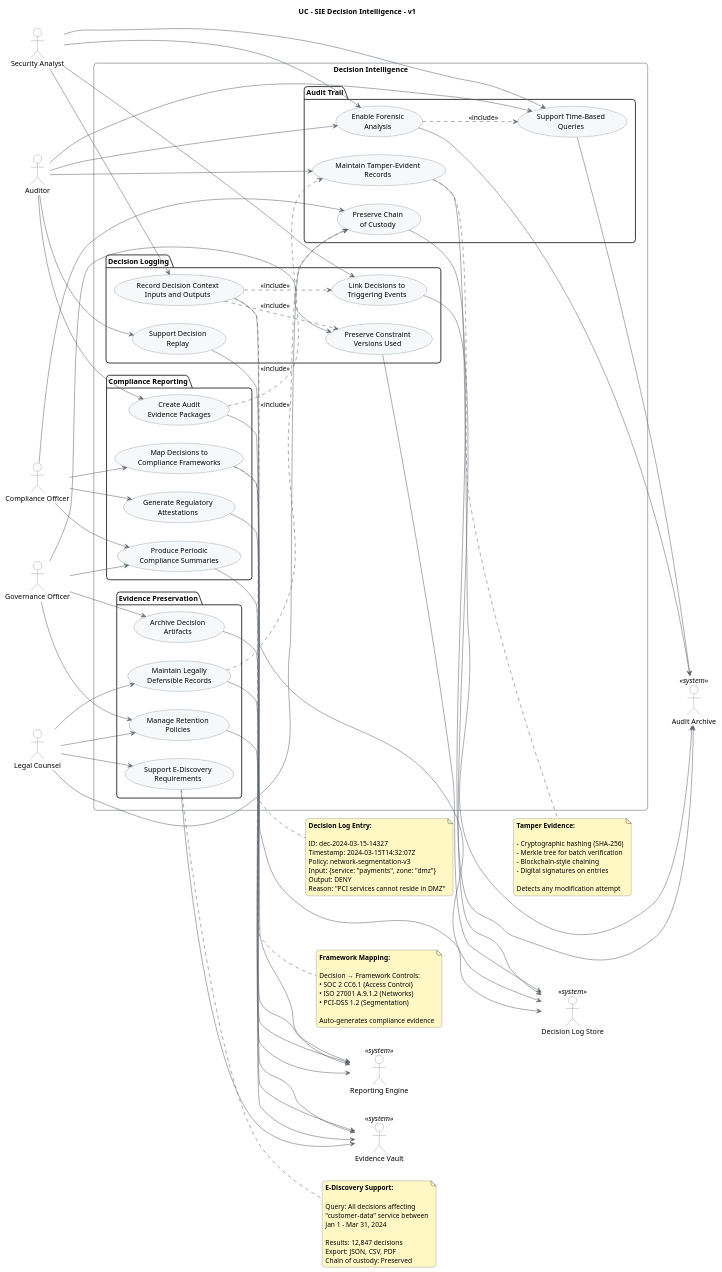
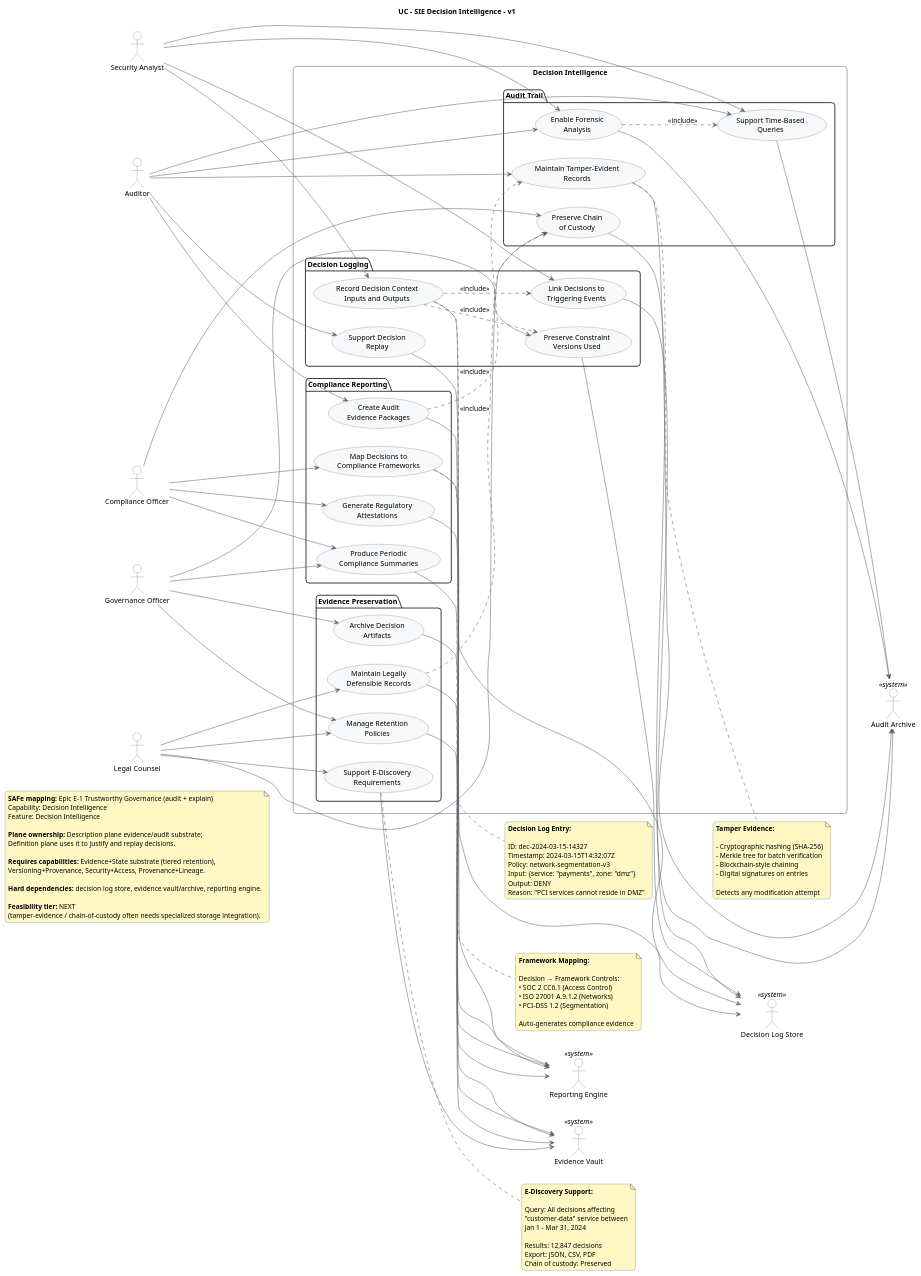
The diagram in model/features/analytics-usecases/sie-decision-intelligence-uc-v1.puml (poesis-cloud/sie-definition-manager), drawn with PlantUML before and after one commit. The commit also changed 133 other files, not shown here.

```diff
--- a/model/features/analytics-usecases/sie-decision-intelligence-uc-v1.puml
+++ b/model/features/analytics-usecases/sie-decision-intelligence-uc-v1.puml
@@ -26,6 +26,23 @@
 ' ============================================================
 
 title UC - SIE Decision Intelligence - v1
+
+note as FeasibilityNote
+  **SAFe mapping:** Epic E-1 Trustworthy Governance (audit + explain)
+  Capability: Decision Intelligence
+  Feature: Decision Intelligence
+
+  **Plane ownership:** Description plane evidence/audit substrate;
+  Definition plane uses it to justify and replay decisions.
+
+  **Requires capabilities:** Evidence+State substrate (tiered retention),
+  Versioning+Provenance, Security+Access, Provenance+Lineage.
+
+  **Hard dependencies:** decision log store, evidence vault/archive, reporting engine.
+
+  **Feasibility tier:** NEXT
+  (tamper-evidence / chain-of-custody often needs specialized storage integration).
+end note
 
 ' ============================================================
 ' ACTORS
```
